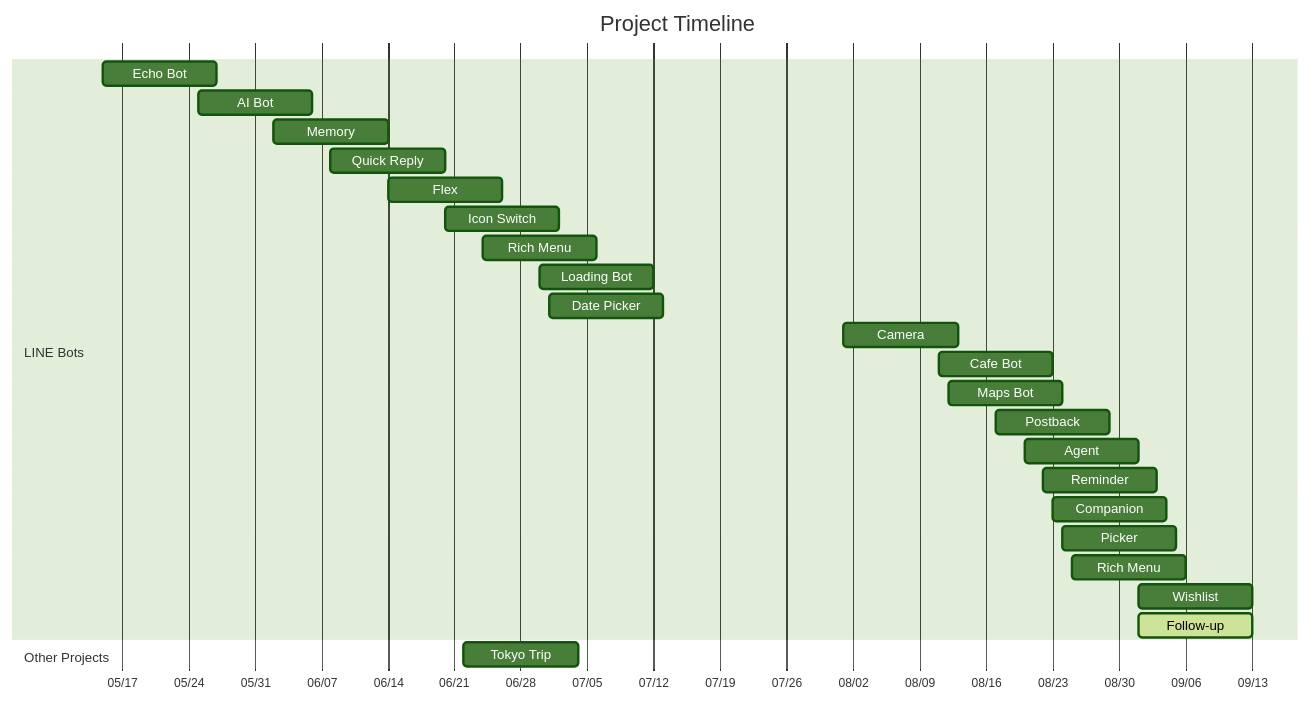
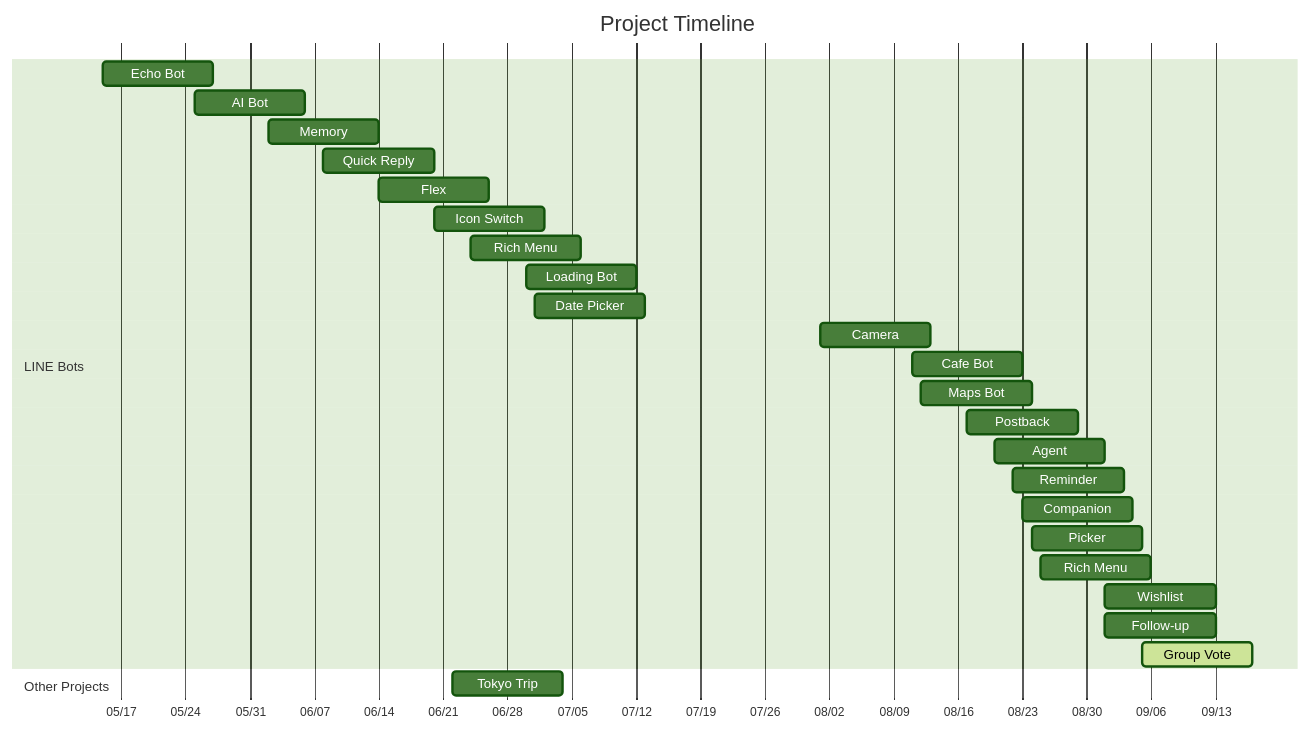
One commit to zonawang/zona-ai-learning-lab changed the diagram in README.md. Above: the diagram before and after it, drawn with Mermaid (forest theme). The commit also changed other lines of this file, not shown here.

Commit message:
docs: add LINE Cafe group planner learning log

````diff
--- a/README.md
+++ b/README.md
@@ -16,31 +16,32 @@
 ```mermaid
 gantt
     title Project Timeline
     dateFormat YYYY-MM-DD
     axisFormat %m/%d
 
     section LINE Bots
     Echo Bot      :p1, 2026-05-15, 12d
     AI Bot        :p2, 2026-05-25, 12d
     Memory        :p3, 2026-06-02, 12d
     Quick Reply   :p4, 2026-06-08, 12d
     Flex          :p5, 2026-06-14, 12d
     Icon Switch   :p6, 2026-06-20, 12d
     Rich Menu     :p8, 2026-06-24, 12d
     Loading Bot   :p9, 2026-06-30, 12d
     Date Picker   :p10, 2026-07-01, 12d
     Camera        :p11, 2026-08-01, 12d
     Cafe Bot      :p12, 2026-08-11, 12d
     Maps Bot      :p13, 2026-08-12, 12d
     Postback      :p14, 2026-08-17, 12d
     Agent         :p15, 2026-08-20, 12d
     Reminder      :p16, 2026-08-22, 12d
     Companion     :p17, 2026-08-23, 12d
     Picker        :p18, 2026-08-24, 12d
     Rich Menu     :p19, 2026-08-25, 12d
     Wishlist      :p20, 2026-09-01, 12d
-    Follow-up     :active, p21, 2026-09-01, 12d
+    Follow-up     :p21, 2026-09-01, 12d
+    Group Vote    :active, p22, 2026-09-05, 12d
 
     section Other Projects
     Tokyo Trip    :p7, 2026-06-22, 12d
 ```
````
